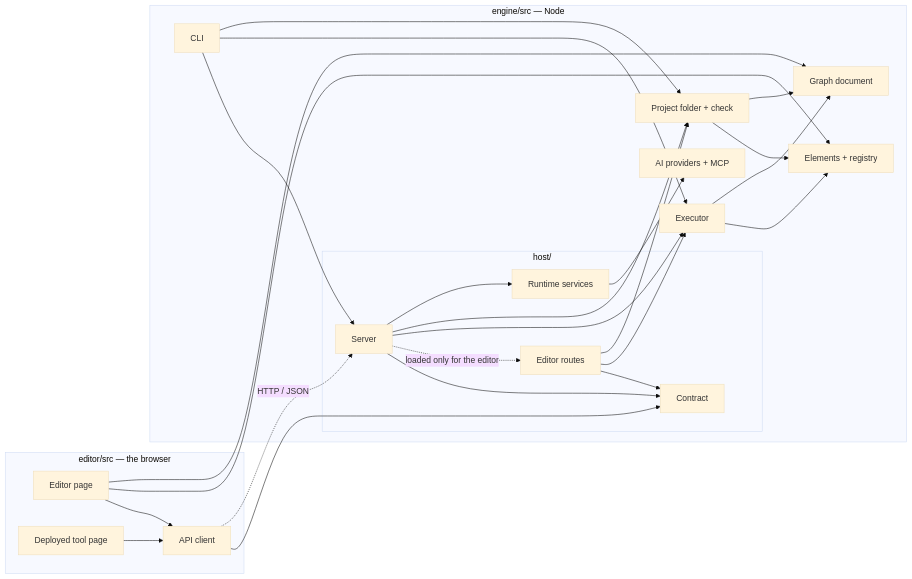
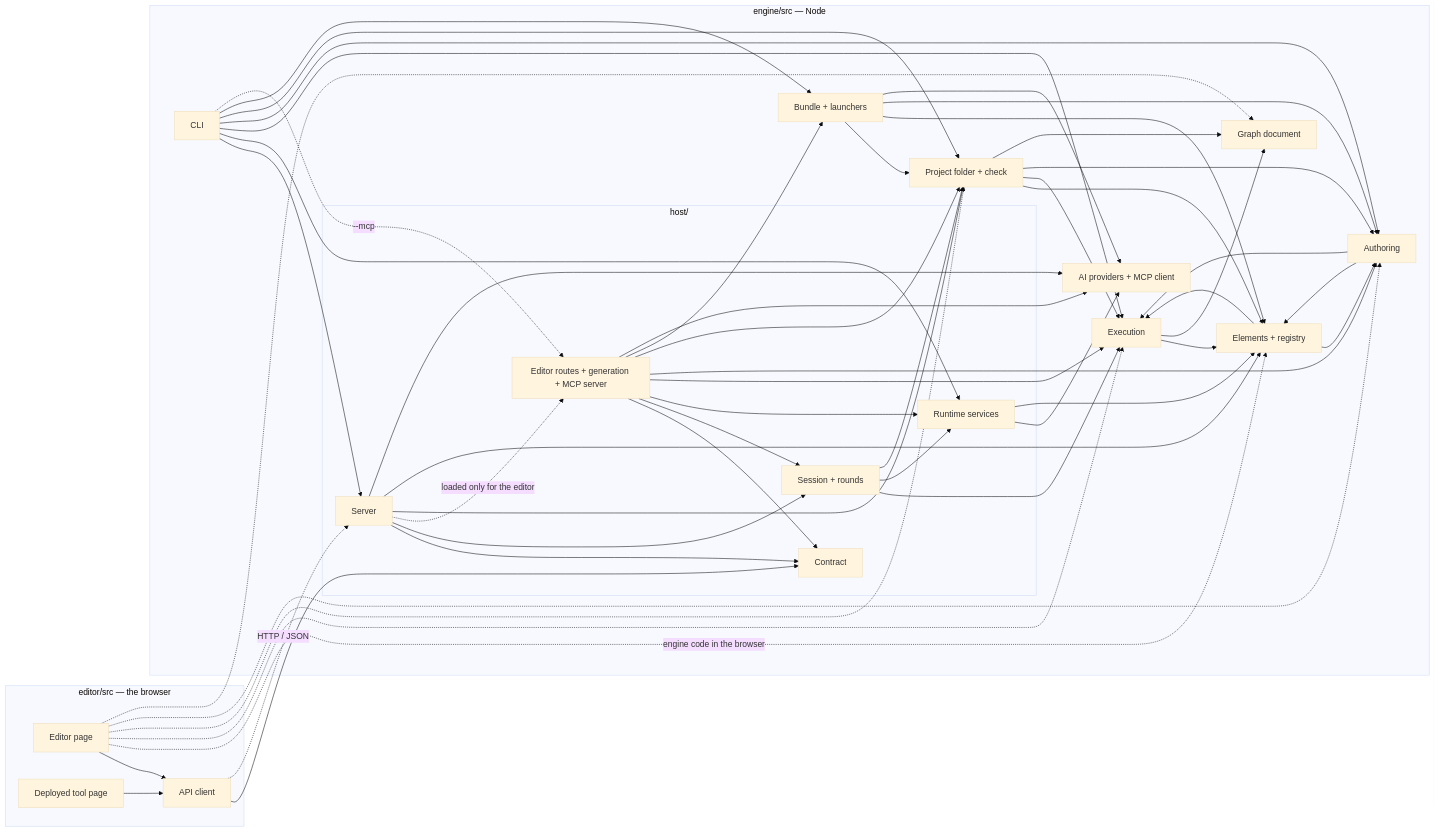
The first of 9 diagrams in arch/overview.md (Archimedes79/AI_Graph), drawn with Mermaid (base theme) before and after one commit. The commit also changed other lines of this file and 16 other files, not shown here.

````diff
--- a/arch/overview.md
+++ b/arch/overview.md
@@ -17,46 +17,76 @@
 ```mermaid
 flowchart LR
   subgraph browser["editor/src — the browser"]
     EditorPage["Editor page"]
     ToolPage["Deployed tool page"]
     Client["API client"]
   end
 
   subgraph engine["engine/src — Node"]
     subgraph host["host/"]
       Contract["Contract"]
       Server["Server"]
-      EditorRoutes["Editor routes"]
+      Session["Session + rounds"]
+      EditorHost["Editor routes + generation + MCP server"]
       Services["Runtime services"]
     end
     CLI["CLI"]
-    Executor["Executor"]
+    Bundle["Bundle + launchers"]
+    Executor["Execution"]
+    Authoring["Authoring"]
     Elements["Elements + registry"]
     Graph["Graph document"]
     Project["Project folder + check"]
-    AI["AI providers + MCP"]
+    AI["AI providers + MCP client"]
   end
 
   EditorPage --> Client
   ToolPage --> Client
   Client --> Contract
   Client -. "HTTP / JSON" .-> Server
   Server --> Contract
-  Server -. "loaded only for the editor" .-> EditorRoutes
-  EditorRoutes --> Contract
-  Server --> Executor
-  EditorRoutes --> Executor
+  Server --> Session
+  Server -. "loaded only for the editor" .-> EditorHost
+  EditorHost --> Contract
+  EditorHost --> Session
+  EditorHost --> Services
+  EditorHost --> Executor
+  EditorHost --> Authoring
+  EditorHost --> Project
+  EditorHost --> Bundle
+  Session --> Executor
+  Session --> Services
+  Session --> Project
+  Server --> Project
+  Server --> Elements
   CLI --> Server
+  CLI --> Services
   CLI --> Executor
+  CLI --> Authoring
   CLI --> Project
-  Server --> Project
-  EditorRoutes --> Project
-  Project --> Elements
-  Project --> Graph
+  CLI --> Bundle
+  CLI -. "--mcp" .-> EditorHost
+  Bundle --> Project
+  Bundle --> Elements
+  Bundle --> Authoring
   Executor --> Elements
   Executor --> Graph
-  Server --> Services
+  Elements --> Executor
+  Elements --> Authoring
+  Authoring --> Executor
+  Authoring --> Elements
+  Project --> Elements
+  Project --> Executor
+  Project --> Authoring
+  Project --> Graph
   Services --> AI
-  EditorPage --> Elements
-  EditorPage --> Graph
+  Services --> Elements
+  Server --> AI
+  EditorHost --> AI
+  Bundle --> AI
+  EditorPage -. "engine code in the browser" .-> Elements
+  EditorPage -.-> Executor
+  EditorPage -.-> Project
+  EditorPage -.-> Authoring
+  EditorPage -.-> Graph
 ```
````
